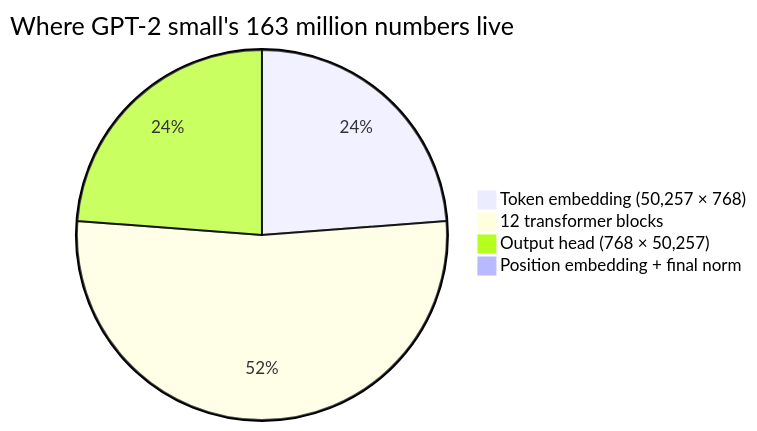
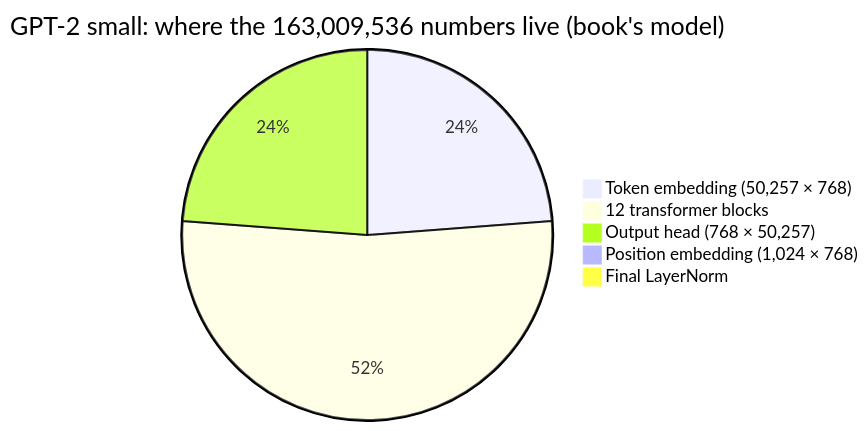
Diagram 12 of 15 in docs/05-gpt-model.md (Ranjeet0611/tinygpt), drawn with Mermaid before and after one commit. The commit also changed other lines of this file and 9 other files, not shown here.

````diff
--- a/docs/05-gpt-model.md
+++ b/docs/05-gpt-model.md
@@ -109,7 +201,8 @@
 ```mermaid
-pie title Where GPT-2 small's 163 million numbers live
-    "Token embedding (50,257 × 768)" : 38.6
-    "12 transformer blocks" : 85.0
-    "Output head (768 × 50,257)" : 38.6
-    "Position embedding + final norm" : 0.8
+pie title GPT-2 small: where the 163,009,536 numbers live (book's model)
+    "Token embedding (50,257 × 768)" : 38597376
+    "12 transformer blocks" : 85026816
+    "Output head (768 × 50,257)" : 38597376
+    "Position embedding (1,024 × 768)" : 786432
+    "Final LayerNorm" : 1536
 ```
````
